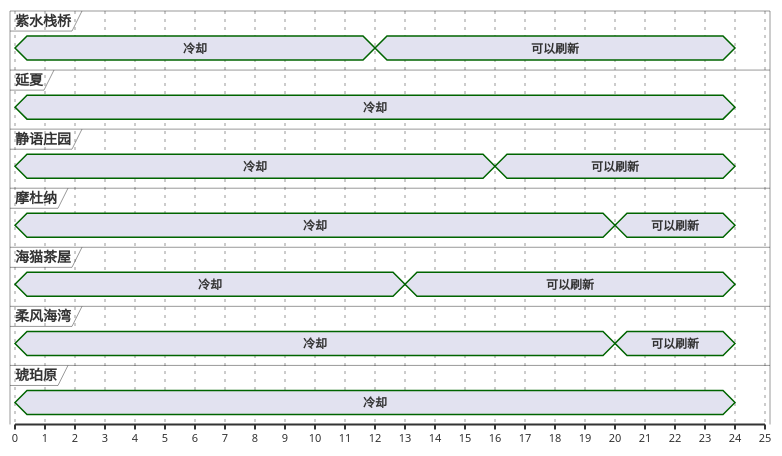
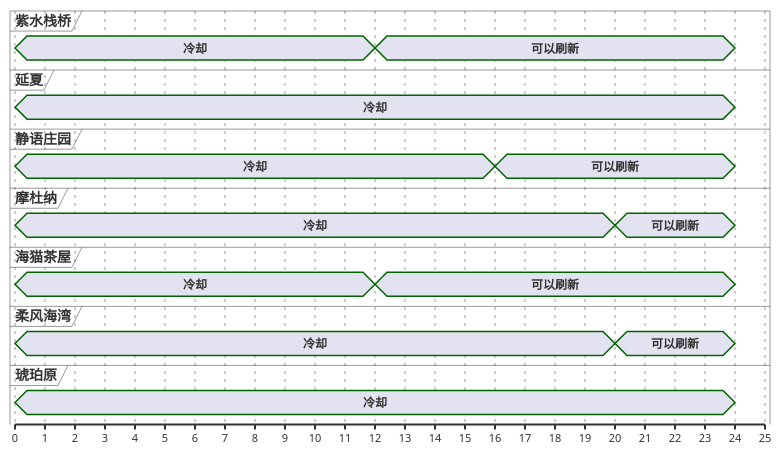
The third of 13 diagrams in ffxiv/hunt/2.0/Safat.md (Eroleice/doc-pi), drawn with PlantUML before and after one commit. The commit also changed other lines of this file and 38 other files, not shown here.

````diff
--- a/ffxiv/hunt/2.0/Safat.md
+++ b/ffxiv/hunt/2.0/Safat.md
@@ -142,47 +149,47 @@
 ```plantuml
 @startuml
 scale 1 as 30 pixels
 
 concise 紫水栈桥
 concise 延夏
 concise 静语庄园
 concise 摩杜纳
 concise 海猫茶屋
 concise 柔风海湾
 concise 琥珀原
 
 @紫水栈桥
 0 is 冷却
 12 is 可以刷新
 24 is {hidden}
 
 @海猫茶屋
 0 is 冷却
-13 is 可以刷新
+12 is 可以刷新
 24 is {hidden}
 
 @静语庄园
 0 is 冷却
 16 is 可以刷新
 24 is {hidden}
 
 @摩杜纳
 0 is 冷却
 20 is 可以刷新
 24 is {hidden}
 
 @柔风海湾
 0 is 冷却
 20 is 可以刷新
 24 is {hidden}
 
 @琥珀原
 0 is 冷却
 24 is {hidden}
 
 @延夏
 0 is 冷却
 24 is {hidden}
 
 @enduml
 ```
````
